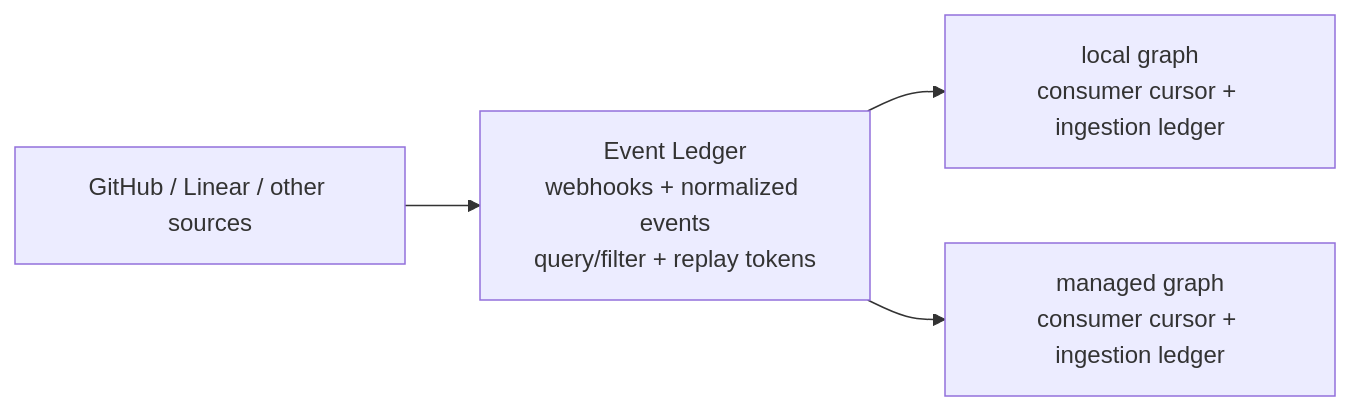
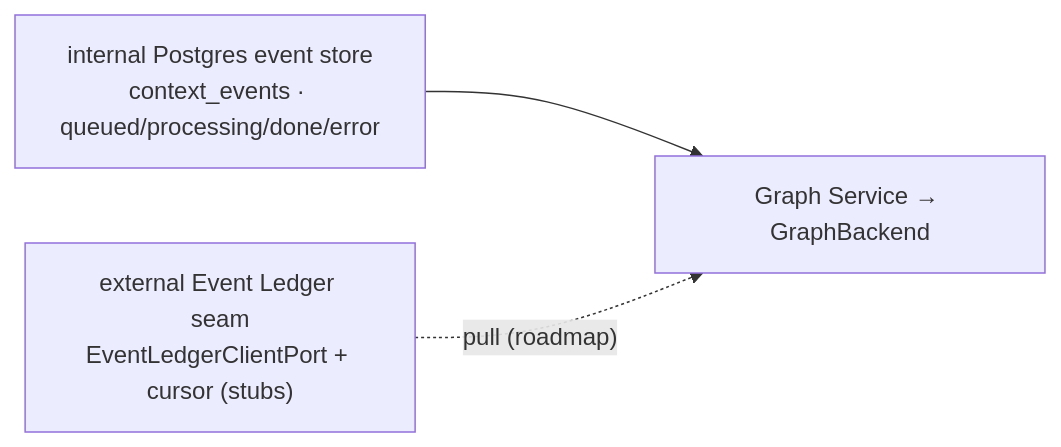
One commit to potpie-ai/potpie changed the fifth of 5 diagrams in docs/context-graph/architecture.md. Above: the diagram before and after it, drawn with Mermaid. The commit also changed other lines of this file and 15 other files, not shown here.

First line of the commit message:
Refresh Context Graph docs (#962)

````diff
--- a/docs/context-graph/architecture.md
+++ b/docs/context-graph/architecture.md
@@ -584,11 +359,8 @@
 ```mermaid
 flowchart LR
-  cg_sources["GitHub / Linear / other sources"]
-  cg_event_ledger["Event Ledger<br/>webhooks + normalized events<br/>query/filter + replay tokens"]
-  cg_local_consumer["local graph<br/>consumer cursor + ingestion ledger"]
-  cg_managed_consumer["managed graph<br/>consumer cursor + ingestion ledger"]
-
-  cg_sources --> cg_event_ledger
-  cg_event_ledger --> cg_local_consumer
-  cg_event_ledger --> cg_managed_consumer
+  cg_int["internal Postgres event store<br/>context_events · queued/processing/done/error"]
+  cg_ext["external Event Ledger seam<br/>EventLedgerClientPort + cursor (stubs)"]
+  cg_graph["Graph Service → GraphBackend"]
+  cg_int --> cg_graph
+  cg_ext -. "pull (roadmap)" .-> cg_graph
 ```
````
